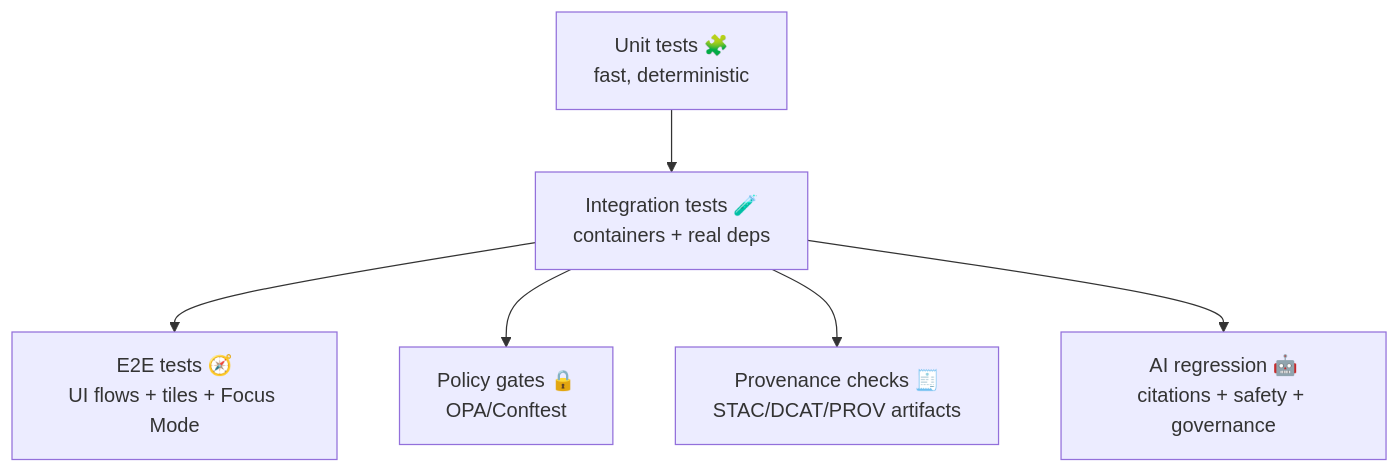
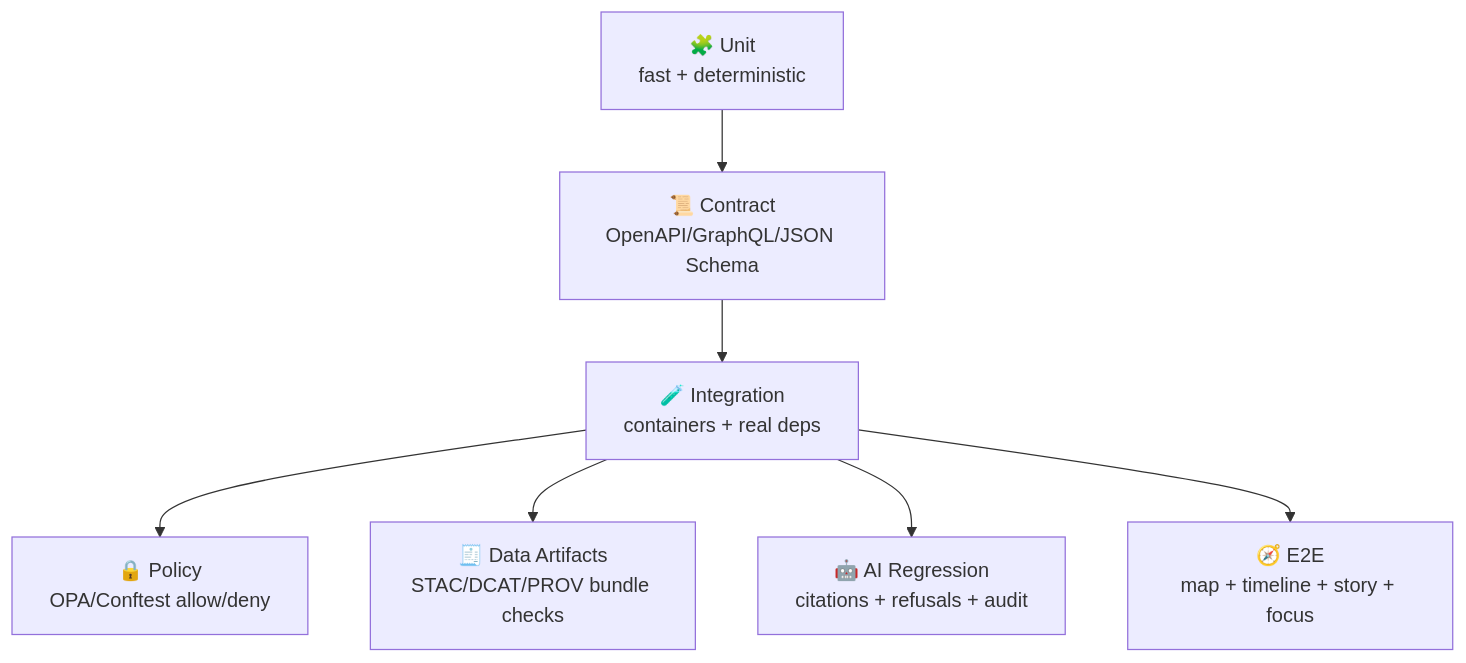
Before and after one commit to bartytime4life/Kansas-Frontier-Matrix: the second of 2 diagrams in tests/README.md, drawn with Mermaid. The commit also changed other lines of this file, not shown here.

````diff
--- a/tests/README.md
+++ b/tests/README.md
@@ -51,8 +86,9 @@
 ```mermaid
 flowchart TD
-  U[Unit tests 🧩\nfast, deterministic] --> I[Integration tests 🧪\ncontainers + real deps]
-  I --> E[E2E tests 🧭\nUI flows + tiles + Focus Mode]
-  I --> P[Policy gates 🔒\nOPA/Conftest]
-  I --> V[Provenance checks 🧾\nSTAC/DCAT/PROV artifacts]
-  I --> A[AI regression 🤖\ncitations + safety + governance]
+  U[🧩 Unit\nfast + deterministic] --> C[📜 Contract\nOpenAPI/GraphQL/JSON Schema]
+  C --> I[🧪 Integration\ncontainers + real deps]
+  I --> P[🔒 Policy\nOPA/Conftest allow/deny]
+  I --> D[🧾 Data Artifacts\nSTAC/DCAT/PROV bundle checks]
+  I --> A[🤖 AI Regression\ncitations + refusals + audit]
+  I --> E[🧭 E2E\nmap + timeline + story + focus]
 ```
````
